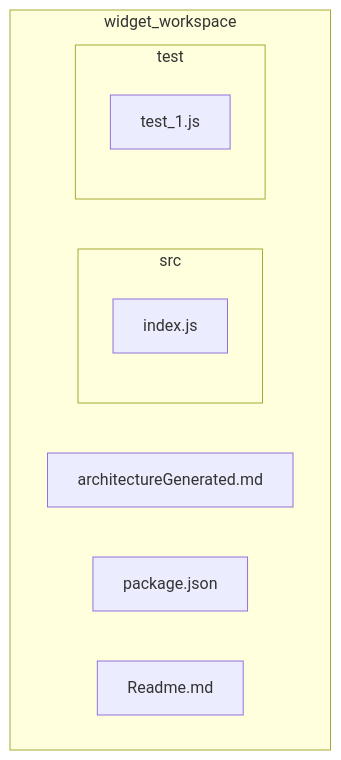
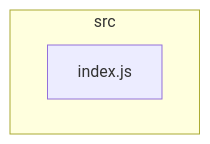
Before and after one commit to VCityTeam/UD-Viz: the diagram in packages/widget_workspace/architectureGenerated.md, drawn with Mermaid. The commit also changed 25 other files, not shown here.

Commit message:
update(doc):generate diagrams from *package*/src/

````diff
--- a/packages/widget_workspace/architectureGenerated.md
+++ b/packages/widget_workspace/architectureGenerated.md
@@ -1,14 +1,6 @@
 ```mermaid
 flowchart
- subgraph IDwidget5fworkspace["widget_workspace"]
-  IDwidget5fworkspaceArchitectureGenerated2emd["architectureGenerated.md"]
-  IDwidget5fworkspacePackage2ejson["package.json"]
-  IDwidget5fworkspaceReadme2emd["Readme.md"]
-  subgraph IDwidget5fworkspaceSrc["src"]
-   IDwidget5fworkspaceSrcIndex2ejs["index.js"]
-  end
-  subgraph IDwidget5fworkspaceTest["test"]
-   IDwidget5fworkspaceTestTest5f12ejs["test_1.js"]
-  end
+ subgraph IDsrc["src"]
+  IDsrcIndex2ejs["index.js"]
  end
 ```
````
